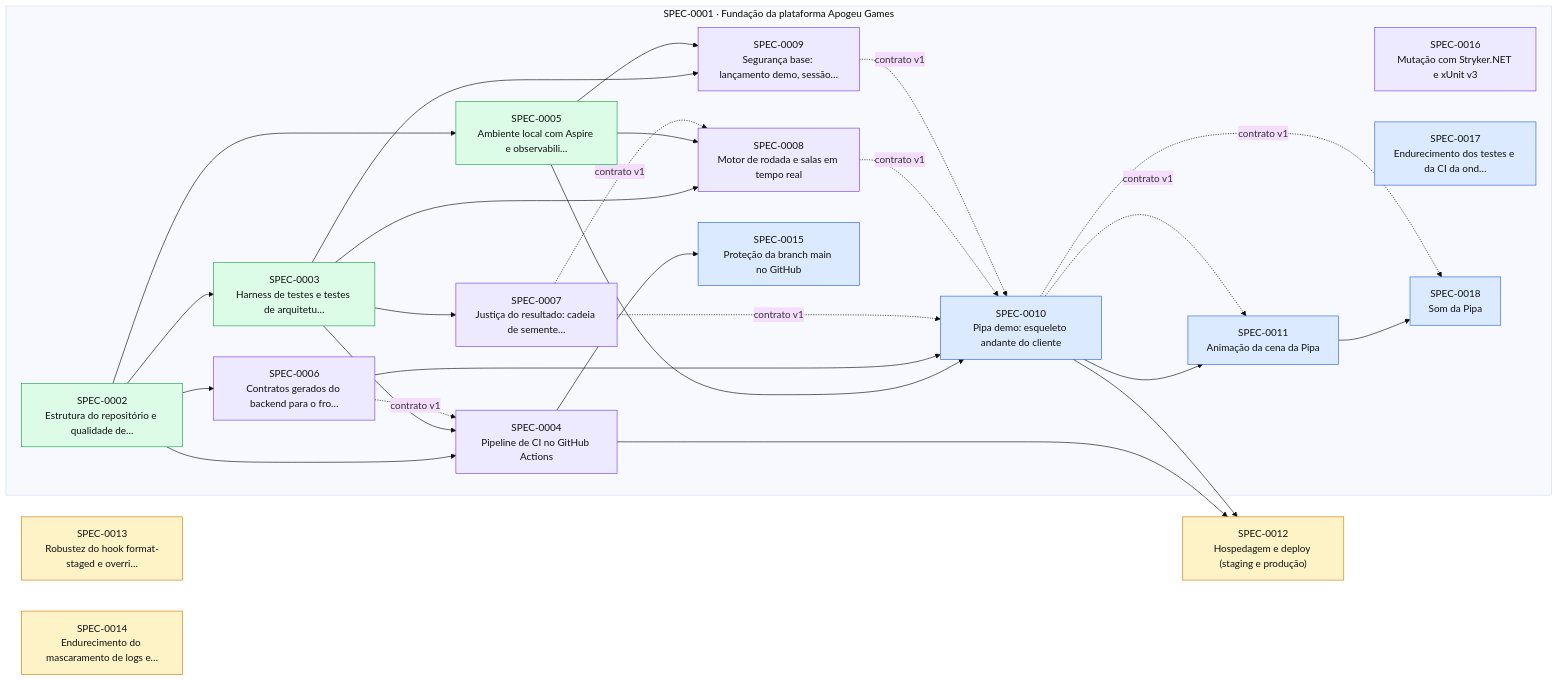
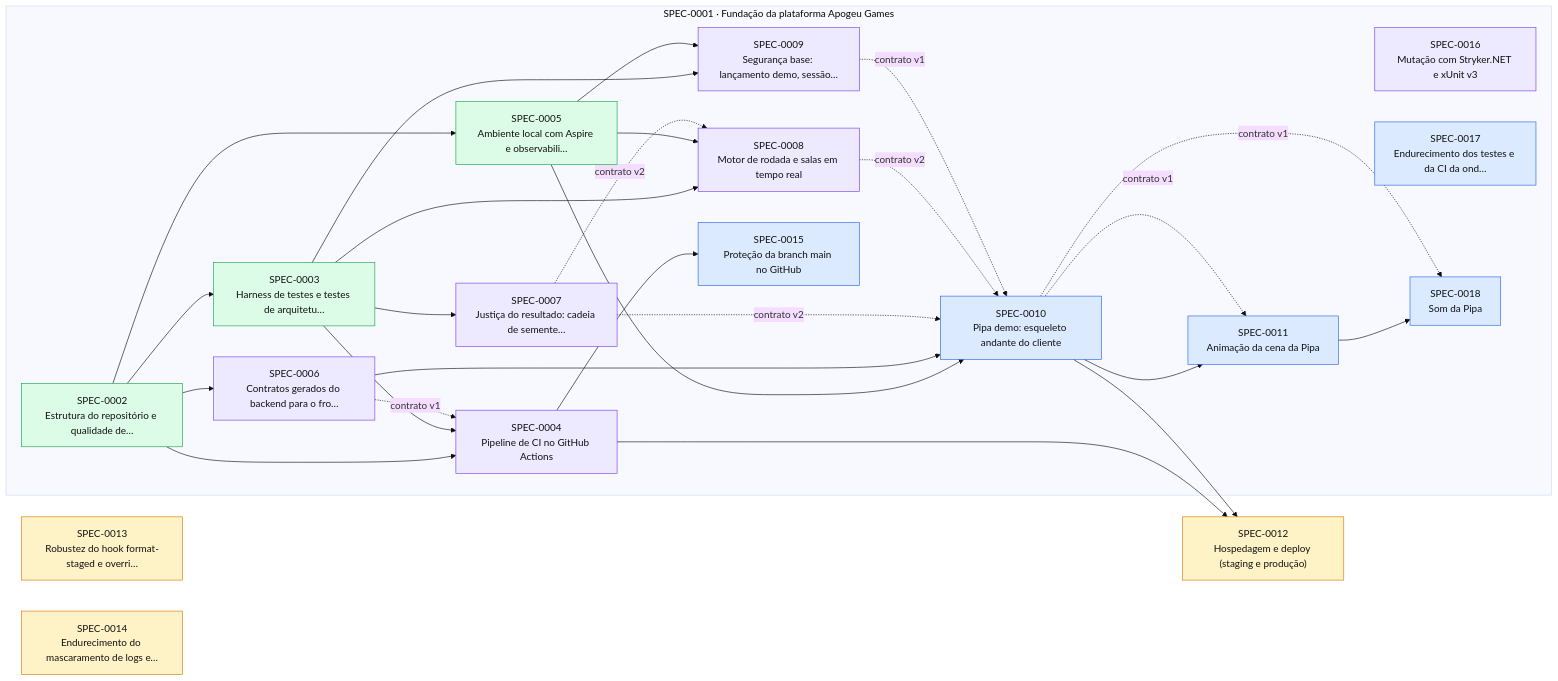
One commit to thomasravache/crash-games-provider changed the diagram in docs/specs/INDEX.md. Above: the diagram before and after it, drawn with Mermaid (base theme). The commit also changed other lines of this file and 4 other files, not shown here.

````diff
--- a/docs/specs/INDEX.md
+++ b/docs/specs/INDEX.md
@@ -79,51 +79,51 @@
 ```mermaid
 flowchart LR
   S0012["SPEC-0012<br/>Hospedagem e deploy (staging e produção)"]:::proposed
   S0013["SPEC-0013<br/>Robustez do hook format-staged e overri…"]:::proposed
   S0014["SPEC-0014<br/>Endurecimento do mascaramento de logs e…"]:::proposed
   subgraph E0001["SPEC-0001 · Fundação da plataforma Apogeu Games"]
     S0002["SPEC-0002<br/>Estrutura do repositório e qualidade de…"]:::implemented
     S0003["SPEC-0003<br/>Harness de testes e testes de arquitetu…"]:::implemented
     S0004["SPEC-0004<br/>Pipeline de CI no GitHub Actions"]:::inprogress
     S0005["SPEC-0005<br/>Ambiente local com Aspire e observabili…"]:::implemented
     S0006["SPEC-0006<br/>Contratos gerados do backend para o fro…"]:::inprogress
     S0007["SPEC-0007<br/>Justiça do resultado: cadeia de semente…"]:::inprogress
     S0008["SPEC-0008<br/>Motor de rodada e salas em tempo real"]:::inprogress
     S0009["SPEC-0009<br/>Segurança base: lançamento demo, sessão…"]:::inprogress
     S0010["SPEC-0010<br/>Pipa demo: esqueleto andante do cliente"]:::approved
     S0011["SPEC-0011<br/>Animação da cena da Pipa"]:::approved
     S0015["SPEC-0015<br/>Proteção da branch main no GitHub"]:::approved
     S0016["SPEC-0016<br/>Mutação com Stryker.NET e xUnit v3"]:::inprogress
     S0017["SPEC-0017<br/>Endurecimento dos testes e da CI da ond…"]:::approved
     S0018["SPEC-0018<br/>Som da Pipa"]:::approved
   end
   S0002 --> S0003
   S0002 --> S0004
   S0003 --> S0004
   S0006 -. contrato v1 .-> S0004
   S0002 --> S0005
   S0002 --> S0006
   S0003 --> S0007
   S0003 --> S0008
   S0005 --> S0008
-  S0007 -. contrato v1 .-> S0008
+  S0007 -. contrato v2 .-> S0008
   S0003 --> S0009
   S0005 --> S0009
   S0005 --> S0010
   S0006 --> S0010
-  S0007 -. contrato v1 .-> S0010
-  S0008 -. contrato v1 .-> S0010
+  S0007 -. contrato v2 .-> S0010
+  S0008 -. contrato v2 .-> S0010
   S0009 -. contrato v1 .-> S0010
   S0010 --> S0011
   S0010 -. contrato v1 .-> S0011
   S0004 --> S0012
   S0010 --> S0012
   S0004 --> S0015
   S0011 --> S0018
   S0010 -. contrato v1 .-> S0018
   classDef proposed fill:#fef3c7,stroke:#d97706,color:#111
   classDef approved fill:#dbeafe,stroke:#2563eb,color:#111
   classDef inprogress fill:#ede9fe,stroke:#7c3aed,color:#111
   classDef implemented fill:#dcfce7,stroke:#16a34a,color:#111
   classDef deprecated fill:#f3f4f6,stroke:#9ca3af,color:#6b7280
 ```
````
